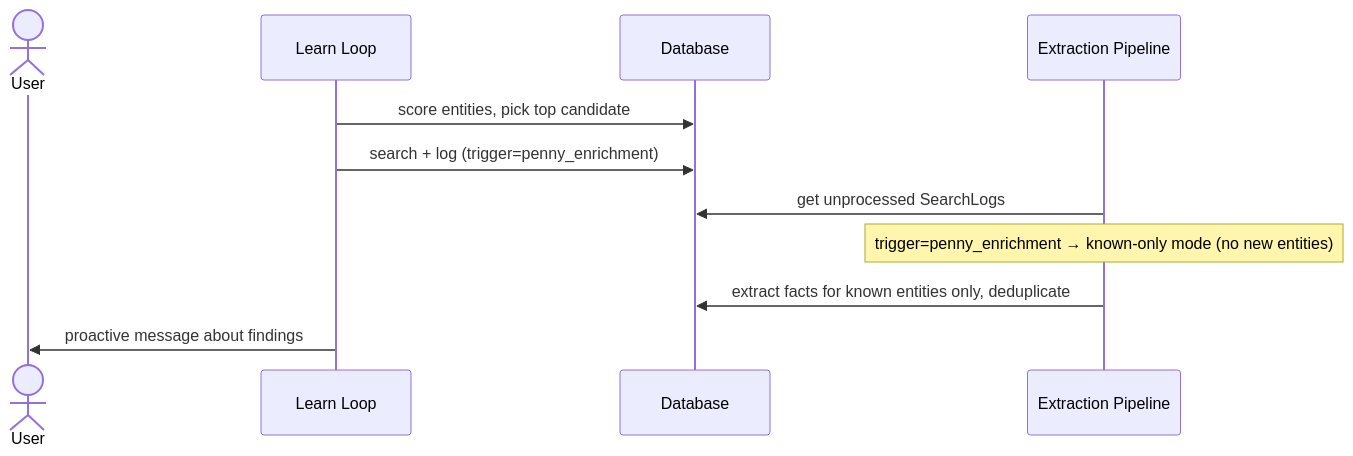
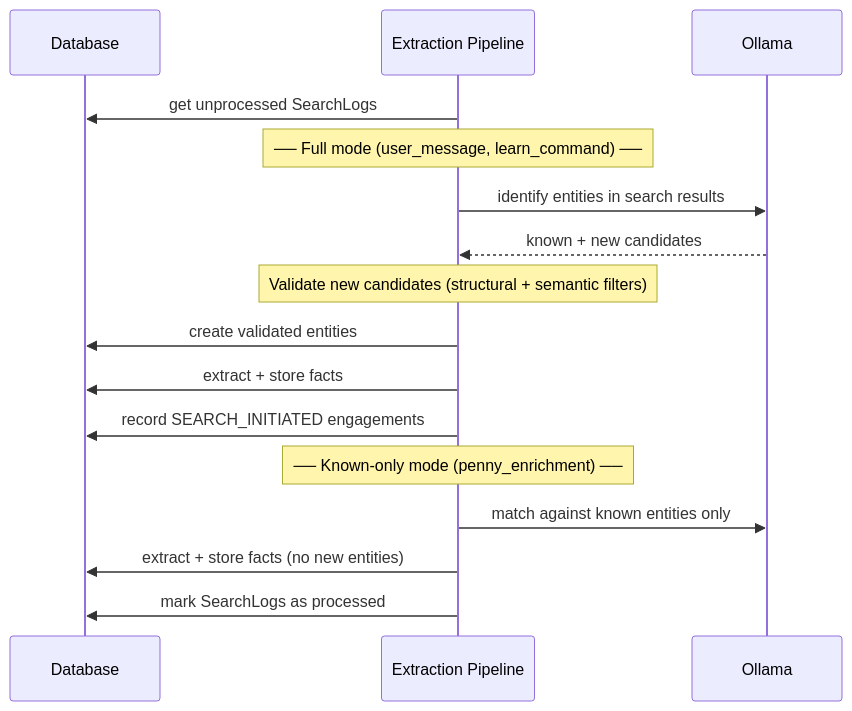
The second of 6 diagrams in docs/knowledge-system-flows.md (jaredlockhart/penny), drawn with Mermaid before and after one commit. The commit also changed other lines of this file, not shown here.

First line of the commit message:
docs: reorganize diagrams by system component

````diff
--- a/docs/knowledge-system-flows.md
+++ b/docs/knowledge-system-flows.md
@@ -76,16 +39,24 @@
 ```mermaid
 sequenceDiagram
-    actor User
-    participant LL as Learn Loop
     participant DB as Database
     participant Extract as Extraction Pipeline
-
-    LL->>DB: score entities, pick top candidate
-    LL->>DB: search + log (trigger=penny_enrichment)
+    participant LLM as Ollama
 
     Extract->>DB: get unprocessed SearchLogs
-    Note over Extract: trigger=penny_enrichment → known-only mode (no new entities)
-    Extract->>DB: extract facts for known entities only, deduplicate
 
-    LL->>User: proactive message about findings
+    Note over Extract: ── Full mode (user_message, learn_command) ──
+
+    Extract->>LLM: identify entities in search results
+    LLM-->>Extract: known + new candidates
+    Note over Extract: Validate new candidates (structural + semantic filters)
+    Extract->>DB: create validated entities
+    Extract->>DB: extract + store facts
+    Extract->>DB: record SEARCH_INITIATED engagements
+
+    Note over Extract: ── Known-only mode (penny_enrichment) ──
+
+    Extract->>LLM: match against known entities only
+    Extract->>DB: extract + store facts (no new entities)
+
+    Extract->>DB: mark SearchLogs as processed
 ```
````
